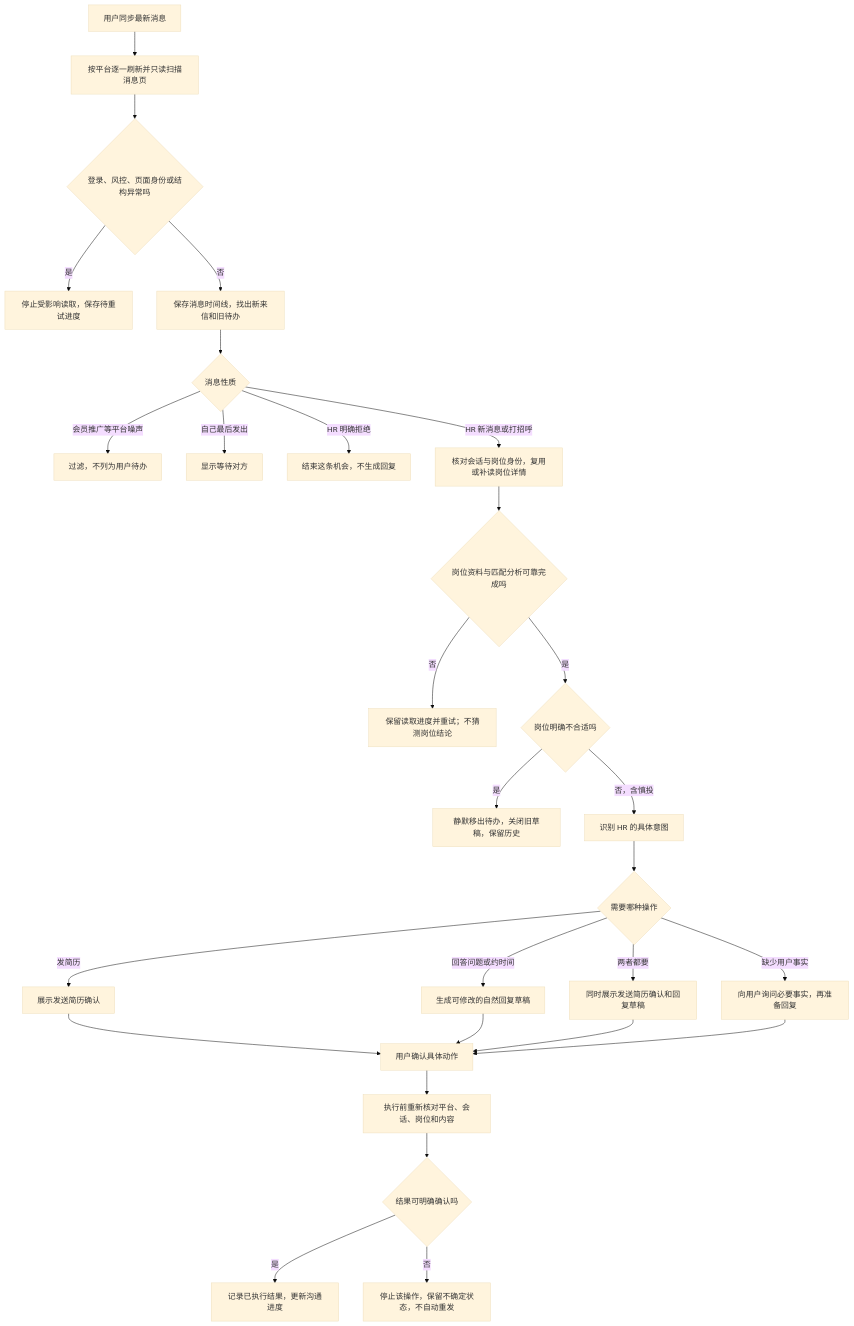
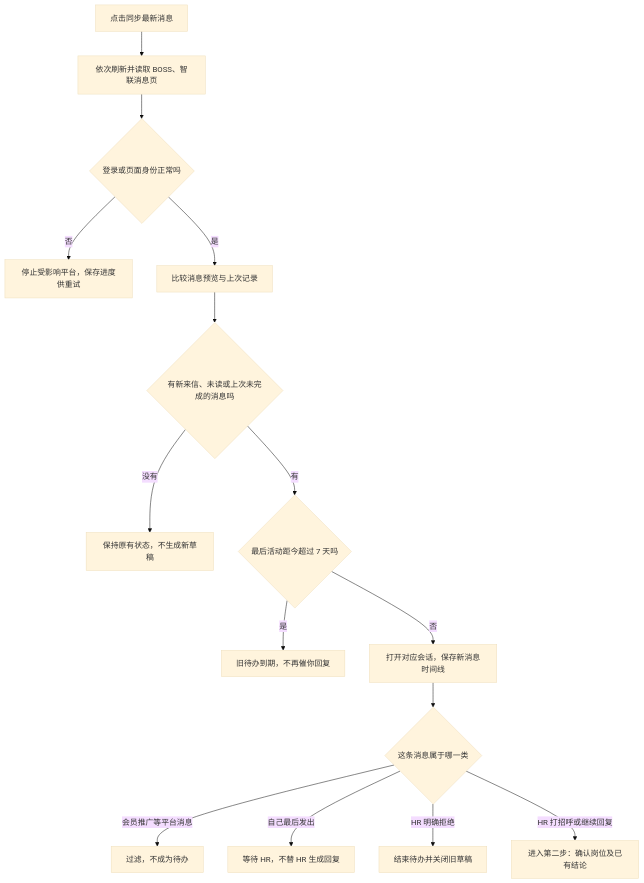
The seventh of 16 diagrams in docs/offergo-product-module-flows.md (daydreamer0213/OfferGo), drawn with Mermaid (base theme) before and after one commit. The commit also changed other lines of this file, not shown here.

Commit message:
Clarify OfferGo module flows and message analysis reuse

````diff
--- a/docs/offergo-product-module-flows.md
+++ b/docs/offergo-product-module-flows.md
@@ -98,30 +143,17 @@
 ```mermaid
 flowchart TD
-  A[用户同步最新消息] --> B[按平台逐一刷新并只读扫描消息页]
-  B --> C{登录、风控、页面身份或结构异常吗}
-  C -- 是 --> C1[停止受影响读取，保存待重试进度]
-  C -- 否 --> D[保存消息时间线，找出新来信和旧待办]
-  D --> E{消息性质}
-  E -- 会员推广等平台噪声 --> E1[过滤，不列为用户待办]
-  E -- 自己最后发出 --> E2[显示等待对方]
-  E -- HR 明确拒绝 --> E3[结束这条机会，不生成回复]
-  E -- HR 新消息或打招呼 --> F[核对会话与岗位身份，复用或补读岗位详情]
-  F --> G{岗位资料与匹配分析可靠完成吗}
-  G -- 否 --> G1[保留读取进度并重试；不猜测岗位结论]
-  G -- 是 --> H{岗位明确不合适吗}
-  H -- 是 --> H1[静默移出待办，关闭旧草稿，保留历史]
-  H -- 否，含慎投 --> I[识别 HR 的具体意图]
-  I --> J{需要哪种操作}
-  J -- 发简历 --> J1[展示发送简历确认]
-  J -- 回答问题或约时间 --> J2[生成可修改的自然回复草稿]
-  J -- 两者都要 --> J3[同时展示发送简历确认和回复草稿]
-  J -- 缺少用户事实 --> J4[向用户询问必要事实，再准备回复]
-  J1 --> K[用户确认具体动作]
-  J2 --> K
-  J3 --> K
-  J4 --> K
-  K --> L[执行前重新核对平台、会话、岗位和内容]
-  L --> M{结果可明确确认吗}
-  M -- 是 --> N[记录已执行结果，更新沟通进度]
-  M -- 否 --> O[停止该操作，保留不确定状态，不自动重发]
+  A[点击同步最新消息] --> B[依次刷新并读取 BOSS、智联消息页]
+  B --> C{登录或页面身份正常吗}
+  C -- 否 --> C1[停止受影响平台，保存进度供重试]
+  C -- 是 --> D[比较消息预览与上次记录]
+  D --> E{有新来信、未读或上次未完成的消息吗}
+  E -- 没有 --> E1[保持原有状态，不生成新草稿]
+  E -- 有 --> I{最后活动距今超过 7 天吗}
+  I -- 是 --> I1[旧待办到期，不再催你回复]
+  I -- 否 --> F[打开对应会话，保存新消息时间线]
+  F --> G{这条消息属于哪一类}
+  G -- 会员推广等平台消息 --> G1[过滤，不成为待办]
+  G -- 自己最后发出 --> G2[等待 HR，不替 HR 生成回复]
+  G -- HR 明确拒绝 --> G3[结束待办并关闭旧草稿]
+  G -- HR 打招呼或继续回复 --> H[进入第二步：确认岗位及已有结论]
 ```
````
